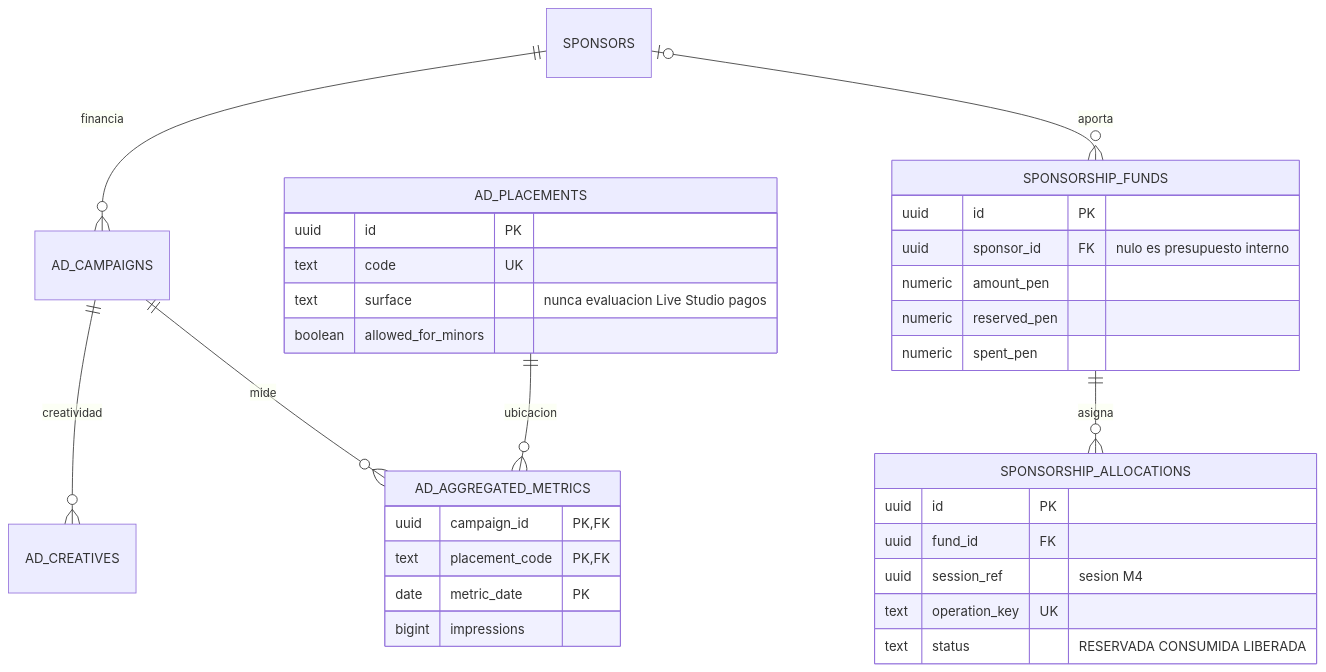
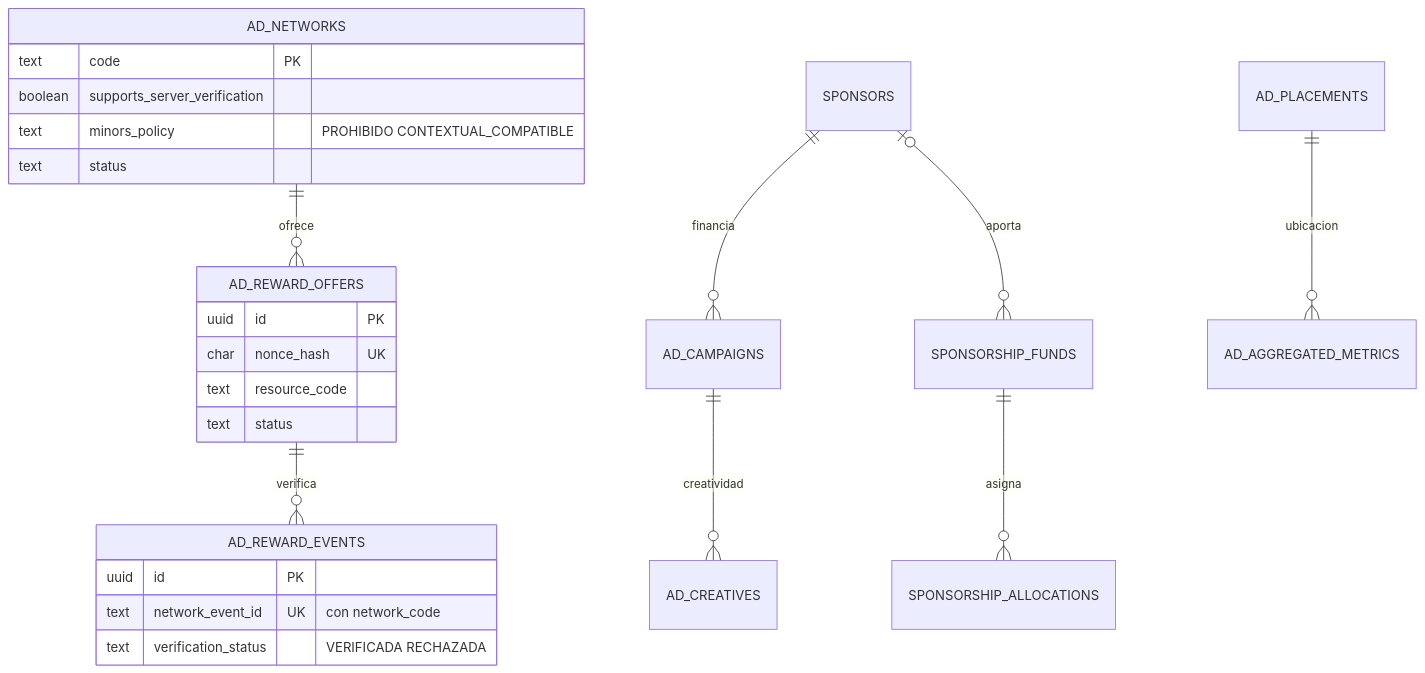
Before and after one commit to 100robert/Mentelyx: the ninth of 11 diagrams in docs/03-diseño-de-software/diseño-externo/01-diseño-de-persistencia-y-datos.md, drawn with Mermaid. The commit also changed other lines of this file and 676 other files, not shown here.

````diff
--- a/docs/03-diseño-de-software/diseño-externo/01-diseño-de-persistencia-y-datos.md
+++ b/docs/03-diseño-de-software/diseño-externo/01-diseño-de-persistencia-y-datos.md
@@ -1418,35 +1530,27 @@
 ```mermaid
 erDiagram
+  AD_NETWORKS ||--o{ AD_REWARD_OFFERS : "ofrece"
+  AD_REWARD_OFFERS ||--o{ AD_REWARD_EVENTS : "verifica"
   SPONSORS ||--o{ AD_CAMPAIGNS : "financia"
   SPONSORS |o--o{ SPONSORSHIP_FUNDS : "aporta"
   SPONSORSHIP_FUNDS ||--o{ SPONSORSHIP_ALLOCATIONS : "asigna"
   AD_CAMPAIGNS ||--o{ AD_CREATIVES : "creatividad"
-  AD_CAMPAIGNS ||--o{ AD_AGGREGATED_METRICS : "mide"
   AD_PLACEMENTS ||--o{ AD_AGGREGATED_METRICS : "ubicacion"
-  SPONSORSHIP_FUNDS {
+  AD_NETWORKS {
+    text code PK
+    boolean supports_server_verification
+    text minors_policy "PROHIBIDO CONTEXTUAL_COMPATIBLE"
+    text status
+  }
+  AD_REWARD_OFFERS {
     uuid id PK
-    uuid sponsor_id FK "nulo es presupuesto interno"
-    numeric amount_pen
-    numeric reserved_pen
-    numeric spent_pen
+    char nonce_hash UK
+    text resource_code
+    text status
   }
-  SPONSORSHIP_ALLOCATIONS {
+  AD_REWARD_EVENTS {
     uuid id PK
-    uuid fund_id FK
-    uuid session_ref "sesion M4"
-    text operation_key UK
-    text status "RESERVADA CONSUMIDA LIBERADA"
-  }
-  AD_PLACEMENTS {
-    uuid id PK
-    text code UK
-    text surface "nunca evaluacion Live Studio pagos"
-    boolean allowed_for_minors
-  }
-  AD_AGGREGATED_METRICS {
-    uuid campaign_id PK, FK
-    text placement_code PK, FK
-    date metric_date PK
-    bigint impressions
+    text network_event_id UK "con network_code"
+    text verification_status "VERIFICADA RECHAZADA"
   }
 ```
````
